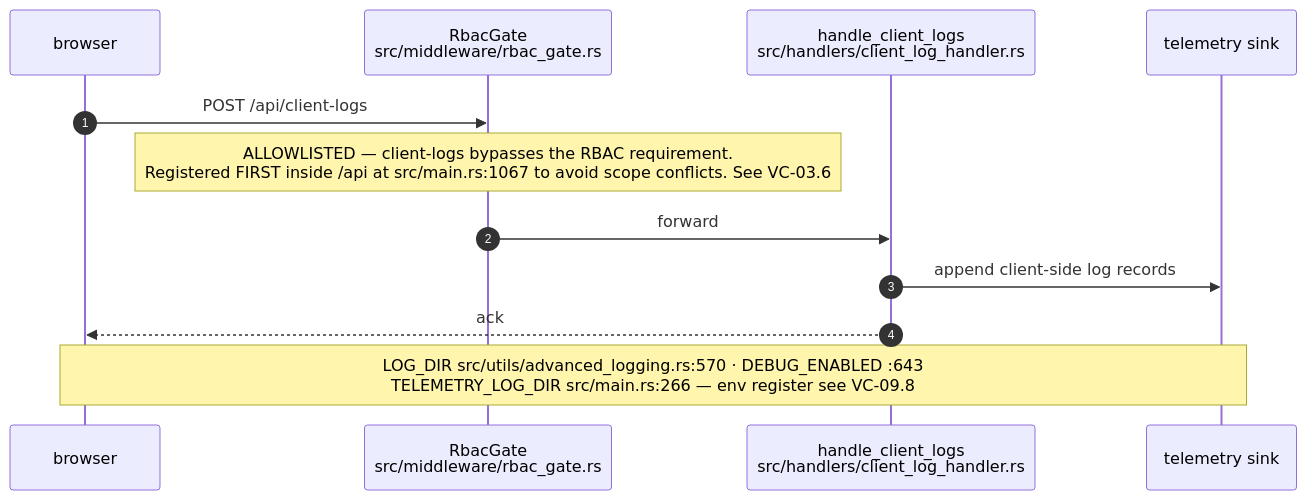
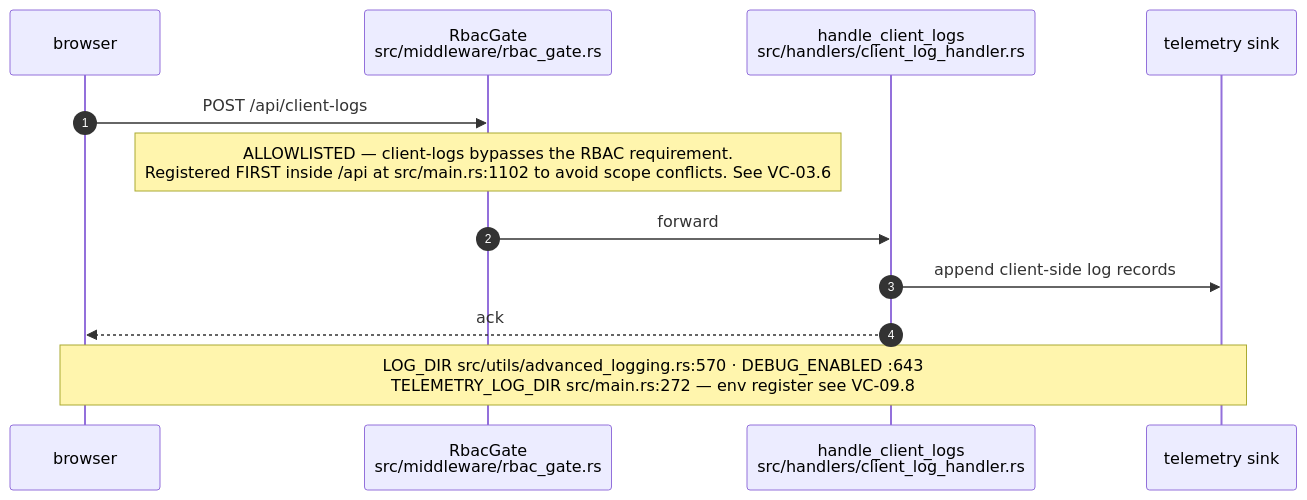
Before and after one commit to DreamLab-AI/VisionFlow: the eighth of 12 diagrams in docs/diagrams/visionclaw/08-observability-health-and-dev-loop.md, drawn with Mermaid. The commit also changed other lines of this file and 32 other files, not shown here.

````diff
--- a/docs/diagrams/visionclaw/08-observability-health-and-dev-loop.md
+++ b/docs/diagrams/visionclaw/08-observability-health-and-dev-loop.md
@@ -234,15 +235,15 @@
 ```mermaid
 sequenceDiagram
     autonumber
     participant B as browser
     participant RG as RbacGate<br/>src/middleware/rbac_gate.rs
     participant H as handle_client_logs<br/>src/handlers/client_log_handler.rs
     participant T as telemetry sink
 
     B->>RG: POST /api/client-logs
-    Note over RG: ALLOWLISTED — client-logs bypasses the RBAC requirement.<br/>Registered FIRST inside /api at src/main.rs:1067 to avoid scope conflicts. See VC-03.6
+    Note over RG: ALLOWLISTED — client-logs bypasses the RBAC requirement.<br/>Registered FIRST inside /api at src/main.rs:1102 to avoid scope conflicts. See VC-03.6
     RG->>H: forward
     H->>T: append client-side log records
     H-->>B: ack
-    Note over B,T: LOG_DIR src/utils/advanced_logging.rs:570 · DEBUG_ENABLED :643<br/>TELEMETRY_LOG_DIR src/main.rs:266 — env register see VC-09.8
+    Note over B,T: LOG_DIR src/utils/advanced_logging.rs:570 · DEBUG_ENABLED :643<br/>TELEMETRY_LOG_DIR src/main.rs:272 — env register see VC-09.8
 ```
````
